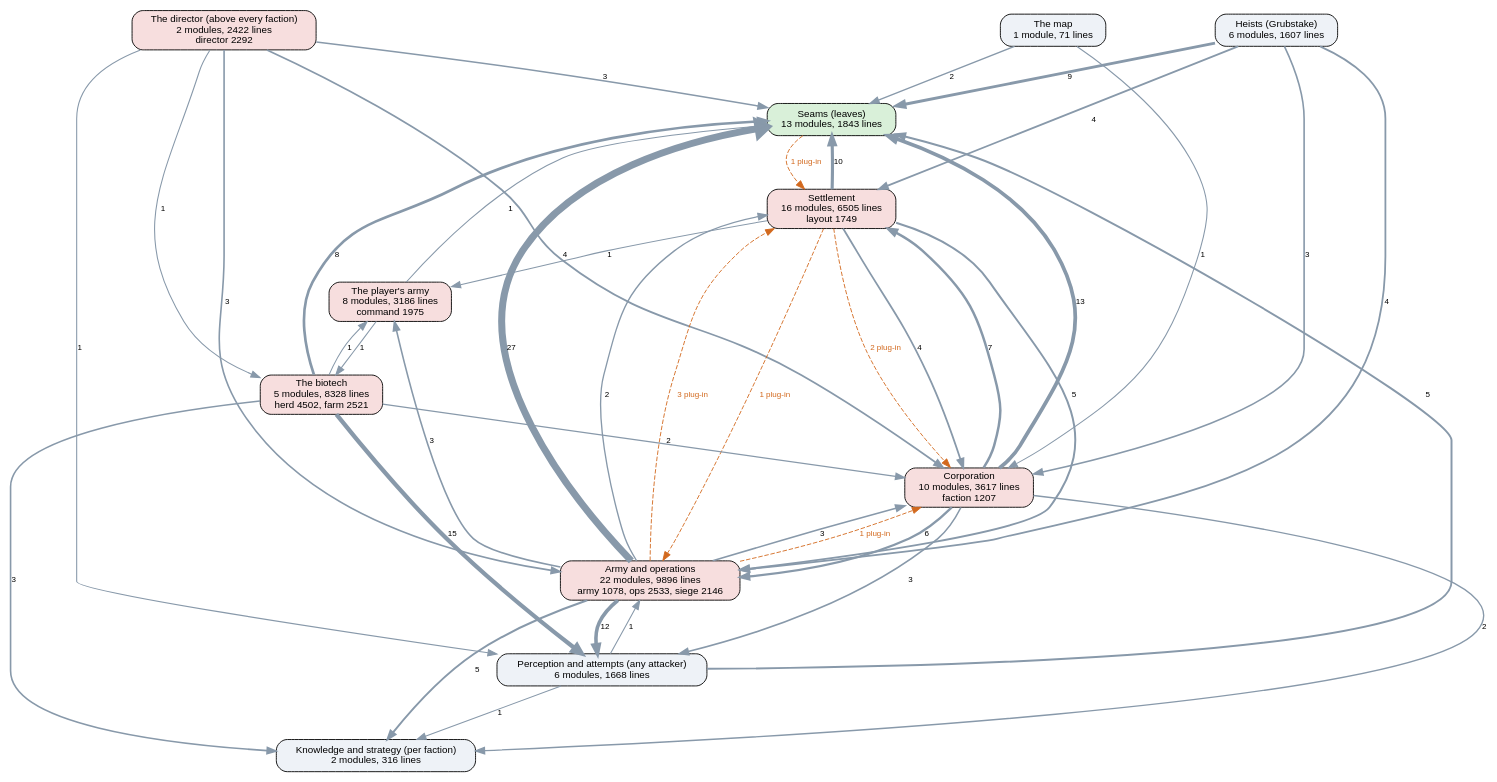
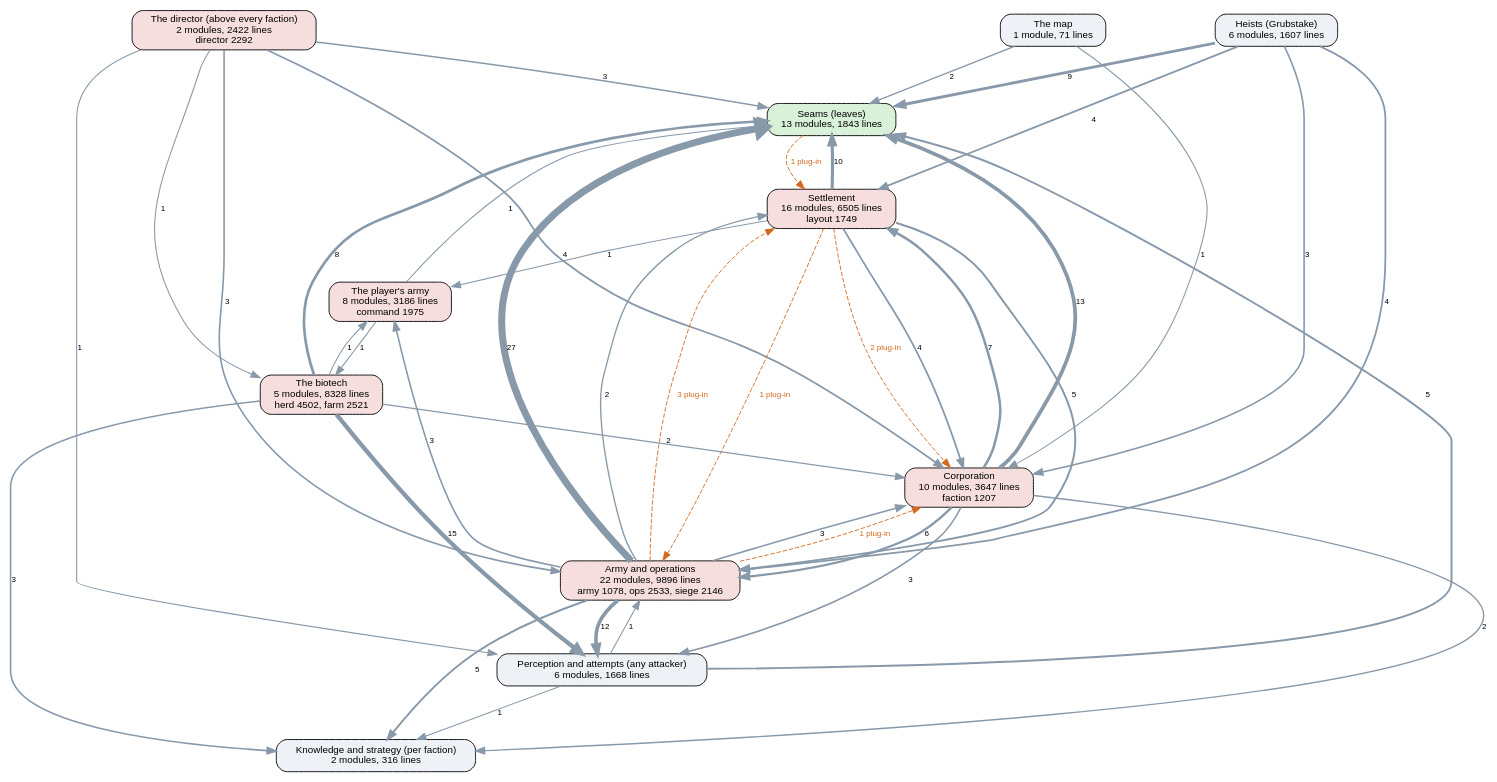
The diagram in docs/ai-layers.dot (kinelhu/landing-party), drawn with Graphviz before and after one commit. The commit also changed 18 other files, not shown here.

```diff
--- a/docs/ai-layers.dot
+++ b/docs/ai-layers.dot
@@ -1,57 +1,57 @@
 digraph layers {
   graph [rankdir=TB, fontname="Helvetica", nodesep=0.5, ranksep=0.7];
   node [shape=box, style="rounded,filled", fontname="Helvetica", fontsize=11, fillcolor="#eef2f7"];
   edge [color="#8899aa", fontname="Helvetica", fontsize=9];
   "Seams (leaves)" [label="Seams (leaves)\n13 modules, 1843 lines", fillcolor="#d9f0d9"];
   "Perception and attempts (any attacker)" [label="Perception and attempts (any attacker)\n6 modules, 1668 lines", fillcolor="#eef2f7"];
   "Knowledge and strategy (per faction)" [label="Knowledge and strategy (per faction)\n2 modules, 316 lines", fillcolor="#eef2f7"];
   "The director (above every faction)" [label="The director (above every faction)\n2 modules, 2422 lines\ndirector 2292", fillcolor="#f7dede"];
-  "Corporation" [label="Corporation\n10 modules, 3617 lines\nfaction 1207", fillcolor="#f7dede"];
+  "Corporation" [label="Corporation\n10 modules, 3647 lines\nfaction 1207", fillcolor="#f7dede"];
   "Settlement" [label="Settlement\n16 modules, 6505 lines\nlayout 1749", fillcolor="#f7dede"];
   "Army and operations" [label="Army and operations\n22 modules, 9896 lines\narmy 1078, ops 2533, siege 2146", fillcolor="#f7dede"];
   "Heists (Grubstake)" [label="Heists (Grubstake)\n6 modules, 1607 lines", fillcolor="#eef2f7"];
   "The biotech" [label="The biotech\n5 modules, 8328 lines\nherd 4502, farm 2521", fillcolor="#f7dede"];
   "The map" [label="The map\n1 module, 71 lines", fillcolor="#eef2f7"];
   "The player's army" [label="The player's army\n8 modules, 3186 lines\ncommand 1975", fillcolor="#f7dede"];
   "Army and operations" -> "Corporation" [label="3", penwidth=1.8];
   "Army and operations" -> "Knowledge and strategy (per faction)" [label="5", penwidth=2.2];
   "Army and operations" -> "Perception and attempts (any attacker)" [label="12", penwidth=4.0];
   "Army and operations" -> "Seams (leaves)" [label="27", penwidth=7.8];
   "Army and operations" -> "Settlement" [label="2", penwidth=1.5];
   "Army and operations" -> "The player's army" [label="3", penwidth=1.8];
   "Corporation" -> "Army and operations" [label="6", penwidth=2.5];
   "Corporation" -> "Knowledge and strategy (per faction)" [label="2", penwidth=1.5];
   "Corporation" -> "Perception and attempts (any attacker)" [label="3", penwidth=1.8];
   "Corporation" -> "Seams (leaves)" [label="13", penwidth=4.2];
   "Corporation" -> "Settlement" [label="7", penwidth=2.8];
   "Heists (Grubstake)" -> "Army and operations" [label="4", penwidth=2.0];
   "Heists (Grubstake)" -> "Corporation" [label="3", penwidth=1.8];
   "Heists (Grubstake)" -> "Seams (leaves)" [label="9", penwidth=3.2];
   "Heists (Grubstake)" -> "Settlement" [label="4", penwidth=2.0];
   "Perception and attempts (any attacker)" -> "Army and operations" [label="1", penwidth=1.2];
   "Perception and attempts (any attacker)" -> "Knowledge and strategy (per faction)" [label="1", penwidth=1.2];
   "Perception and attempts (any attacker)" -> "Seams (leaves)" [label="5", penwidth=2.2];
   "Settlement" -> "Army and operations" [label="5", penwidth=2.2];
   "Settlement" -> "Corporation" [label="4", penwidth=2.0];
   "Settlement" -> "Seams (leaves)" [label="10", penwidth=3.5];
   "Settlement" -> "The player's army" [label="1", penwidth=1.2];
   "The biotech" -> "Corporation" [label="2", penwidth=1.5];
   "The biotech" -> "Knowledge and strategy (per faction)" [label="3", penwidth=1.8];
   "The biotech" -> "Perception and attempts (any attacker)" [label="15", penwidth=4.8];
   "The biotech" -> "Seams (leaves)" [label="8", penwidth=3.0];
   "The biotech" -> "The player's army" [label="1", penwidth=1.2];
   "The director (above every faction)" -> "Army and operations" [label="3", penwidth=1.8];
   "The director (above every faction)" -> "Corporation" [label="4", penwidth=2.0];
   "The director (above every faction)" -> "Perception and attempts (any attacker)" [label="1", penwidth=1.2];
   "The director (above every faction)" -> "Seams (leaves)" [label="3", penwidth=1.8];
   "The director (above every faction)" -> "The biotech" [label="1", penwidth=1.2];
   "The map" -> "Corporation" [label="1", penwidth=1.2];
   "The map" -> "Seams (leaves)" [label="2", penwidth=1.5];
   "The player's army" -> "Seams (leaves)" [label="1", penwidth=1.2];
   "The player's army" -> "The biotech" [label="1", penwidth=1.2];
   "Army and operations" -> "Corporation" [style=dashed, color="#d2691e", fontcolor="#d2691e", label="1 plug-in"];
   "Army and operations" -> "Settlement" [style=dashed, color="#d2691e", fontcolor="#d2691e", label="3 plug-in"];
   "Seams (leaves)" -> "Settlement" [style=dashed, color="#d2691e", fontcolor="#d2691e", label="1 plug-in"];
   "Settlement" -> "Army and operations" [style=dashed, color="#d2691e", fontcolor="#d2691e", label="1 plug-in"];
   "Settlement" -> "Corporation" [style=dashed, color="#d2691e", fontcolor="#d2691e", label="2 plug-in"];
 }
```
